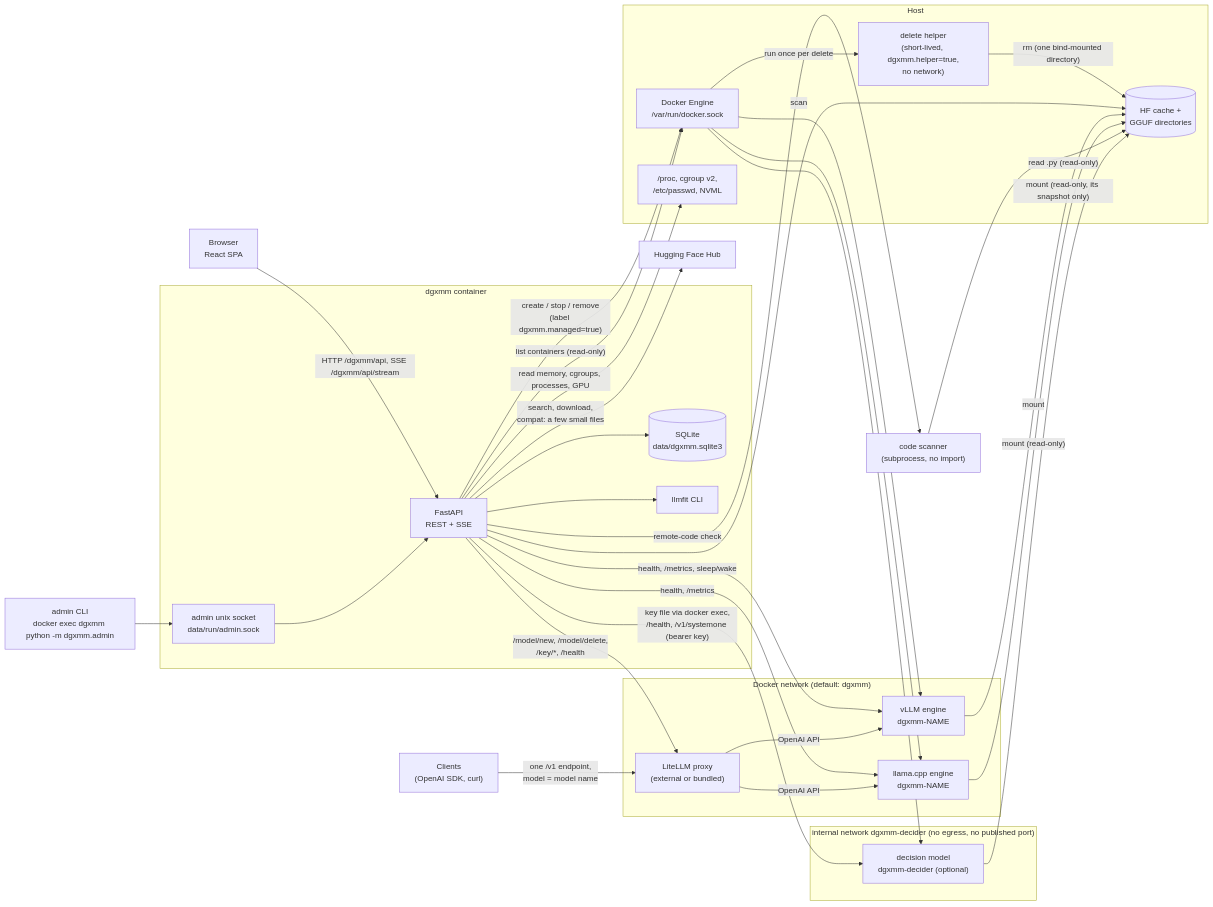
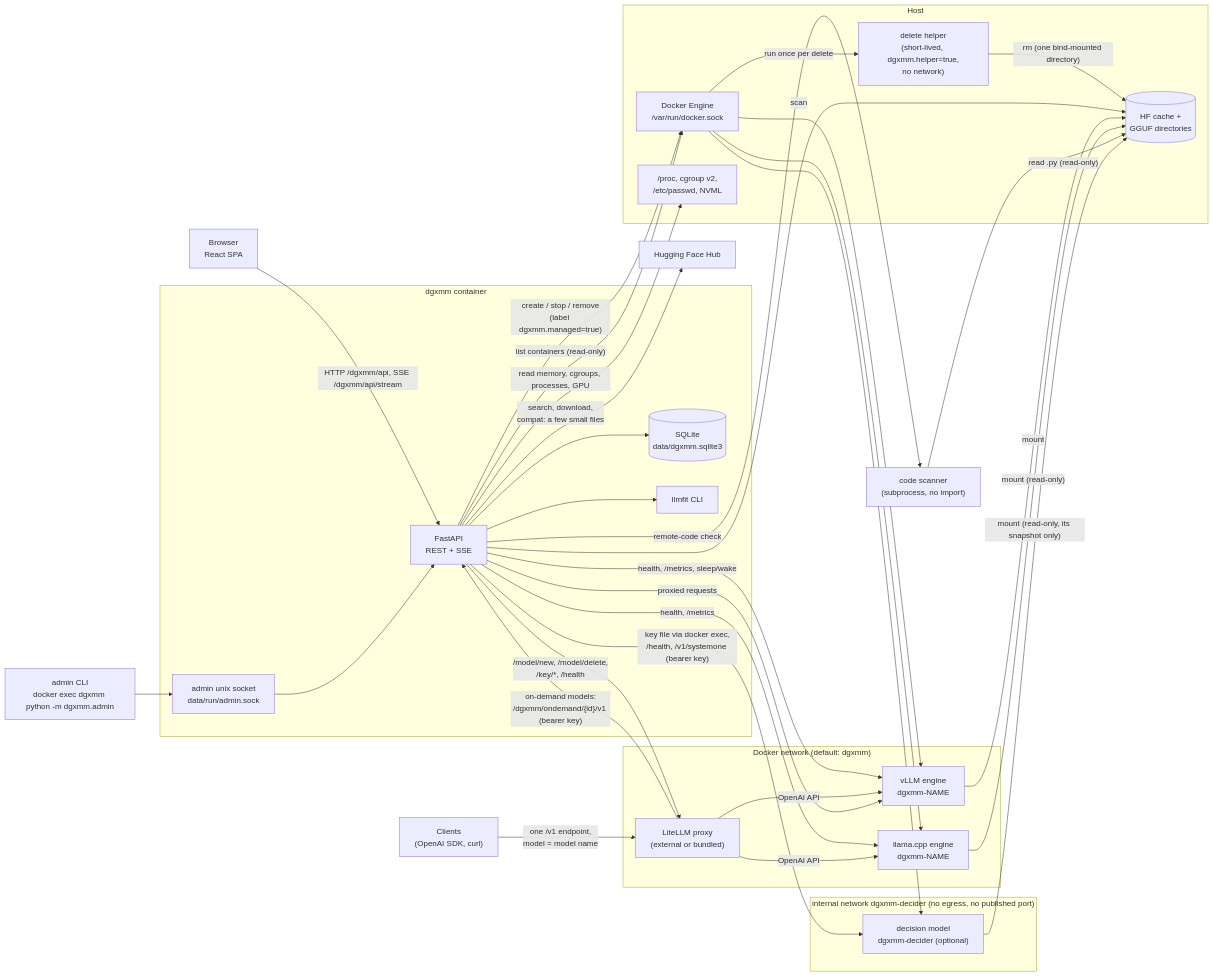
The diagram in docs/architecture/index.md (nikghodki/dgxmodelmanager), drawn with Mermaid before and after one commit. The commit also changed other lines of this file and 63 other files, not shown here.

First line of the commit message:
feat: on-demand models (start on the first request, sleep when idle, queue when memory is busy)

````diff
--- a/docs/architecture/index.md
+++ b/docs/architecture/index.md
@@ -16,56 +16,58 @@
 ```mermaid
 flowchart LR
   browser["Browser<br/>React SPA"]
   subgraph dgxmm["dgxmm container"]
     api["FastAPI<br/>REST + SSE"]
     db[("SQLite<br/>data/dgxmm.sqlite3")]
     llmfit["llmfit CLI"]
     sock["admin unix socket<br/>data/run/admin.sock"]
   end
   cli["admin CLI<br/>docker exec dgxmm python -m dgxmm.admin"]
   subgraph host["Host"]
     docker["Docker Engine<br/>/var/run/docker.sock"]
     probes["/proc, cgroup v2,<br/>/etc/passwd, NVML"]
     disk[("HF cache +<br/>GGUF directories")]
     helper["delete helper<br/>(short-lived, dgxmm.helper=true,<br/>no network)"]
   end
   subgraph net["Docker network (default: dgxmm)"]
     vllm["vLLM engine<br/>dgxmm-NAME"]
     llama["llama.cpp engine<br/>dgxmm-NAME"]
     litellm["LiteLLM proxy<br/>(external or bundled)"]
   end
   subgraph dnet["internal network dgxmm-decider (no egress, no published port)"]
     decider["decision model<br/>dgxmm-decider (optional)"]
   end
   clients["Clients<br/>(OpenAI SDK, curl)"]
   hub["Hugging Face Hub"]
 
   browser -- "HTTP /dgxmm/api, SSE /dgxmm/api/stream" --> api
   api --> db
   api --> llmfit
   api -- "create / stop / remove<br/>(label dgxmm.managed=true)" --> docker
   api -- "list containers (read-only)" --> docker
   docker --> vllm
   docker --> llama
   docker -- "run once per delete" --> helper
   helper -- "rm (one bind-mounted directory)" --> disk
   api -- "read memory, cgroups, processes, GPU" --> probes
   api -- "scan" --> disk
   vllm -- "mount" --> disk
   llama -- "mount (read-only)" --> disk
   api -- "health, /metrics, sleep/wake" --> vllm
   api -- "health, /metrics" --> llama
   api -- "/model/new, /model/delete,<br/>/key/*, /health" --> litellm
   clients -- "one /v1 endpoint,<br/>model = model name" --> litellm
   litellm -- "OpenAI API" --> vllm
   litellm -- "OpenAI API" --> llama
+  litellm -- "on-demand models:<br/>/dgxmm/ondemand/{id}/v1 (bearer key)" --> api
+  api -- "proxied requests" --> vllm
   api -- "search, download,<br/>compat: a few small files" --> hub
   scan["code scanner<br/>(subprocess, no import)"]
   api -- "remote-code check" --> scan
   scan -- "read .py (read-only)" --> disk
   docker --> decider
   api -- "key file via docker exec,<br/>/health, /v1/systemone (bearer key)" --> decider
   decider -- "mount (read-only, its snapshot only)" --> disk
   cli --> sock
   sock --> api
 ```
````
